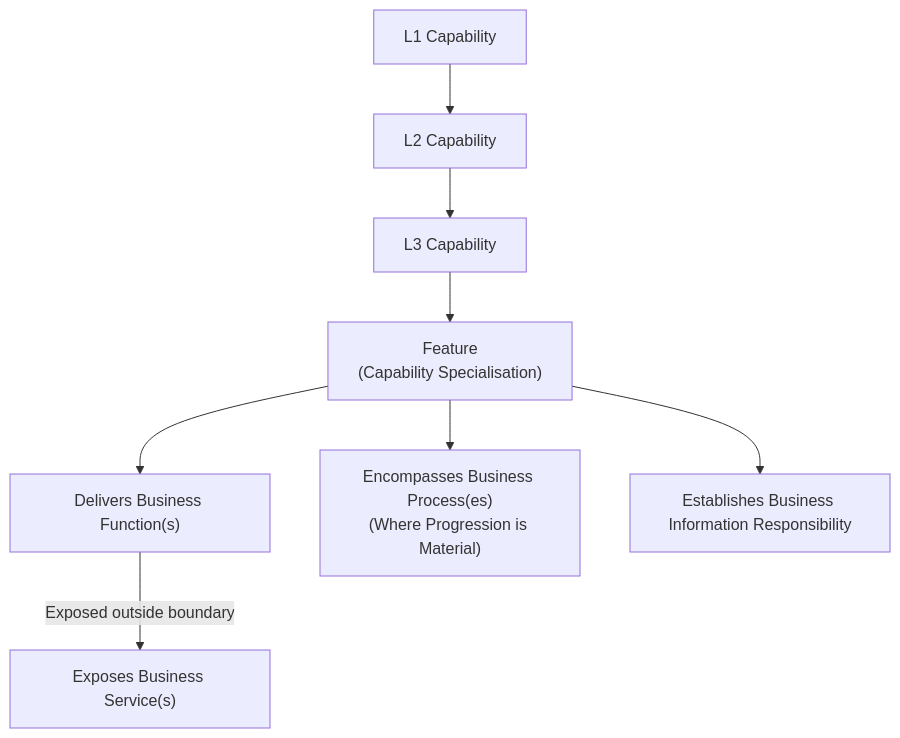
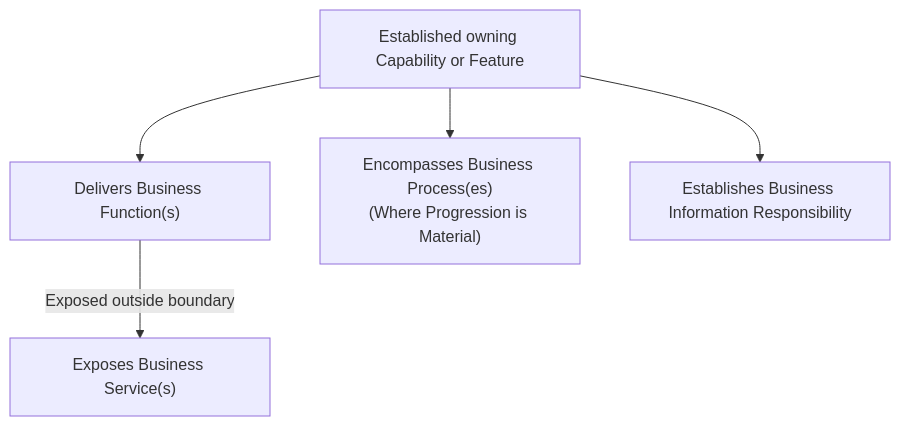
The diagram in docs/markdown/03-business-architecture/README.md (fhirfactory/harmonia), drawn with Mermaid before and after one commit. The commit also changed other lines of this file and 34 other files, not shown here.

Commit message:
Harmonia Documentation - Domain 04 - Package2 - G1 - Architectural Reconciliation and Closure

````diff
--- a/docs/markdown/03-business-architecture/README.md
+++ b/docs/markdown/03-business-architecture/README.md
@@ -47,10 +47,7 @@
 ```mermaid
 graph TD
-    L1["L1 Capability"] --> L2["L2 Capability"]
-    L2 --> L3["L3 Capability"]
-    L3 --> FEAT["Feature<br/>(Capability Specialisation)"]
-    FEAT --> FUNC["Delivers Business Function(s)"]
+    OWNER["Established owning Capability or Feature"] --> FUNC["Delivers Business Function(s)"]
     FUNC -->|Exposed outside boundary| SERV["Exposes Business Service(s)"]
-    FEAT --> PROC["Encompasses Business Process(es)<br/>(Where Progression is Material)"]
-    FEAT --> INFO["Establishes Business Information Responsibility"]
+    OWNER --> PROC["Encompasses Business Process(es)<br/>(Where Progression is Material)"]
+    OWNER --> INFO["Establishes Business Information Responsibility"]
 ```
````
